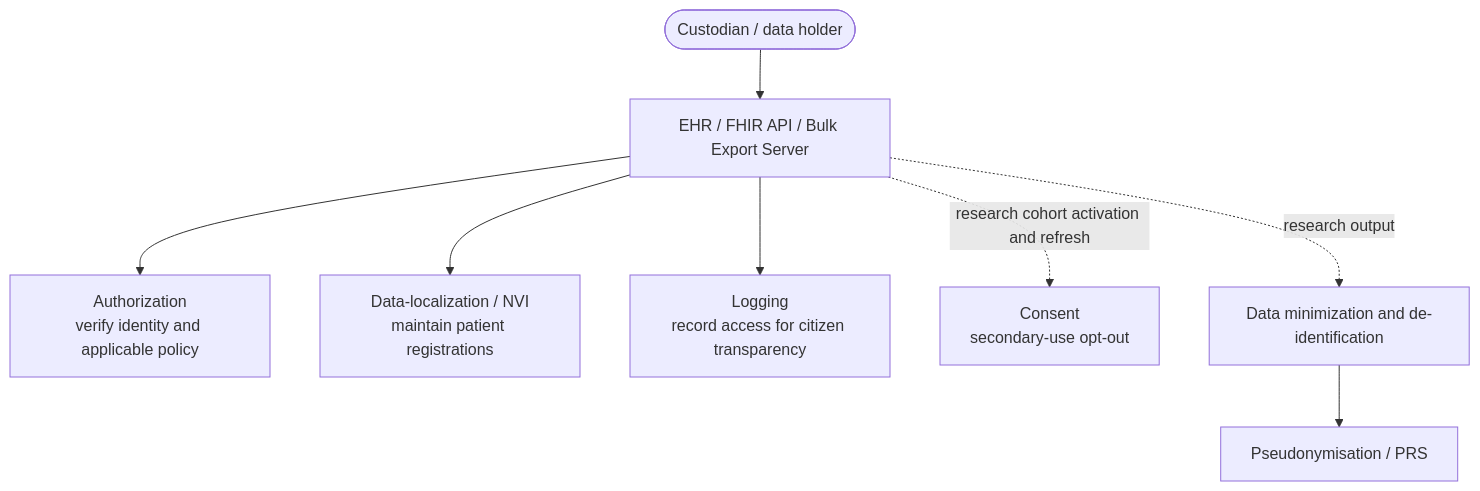
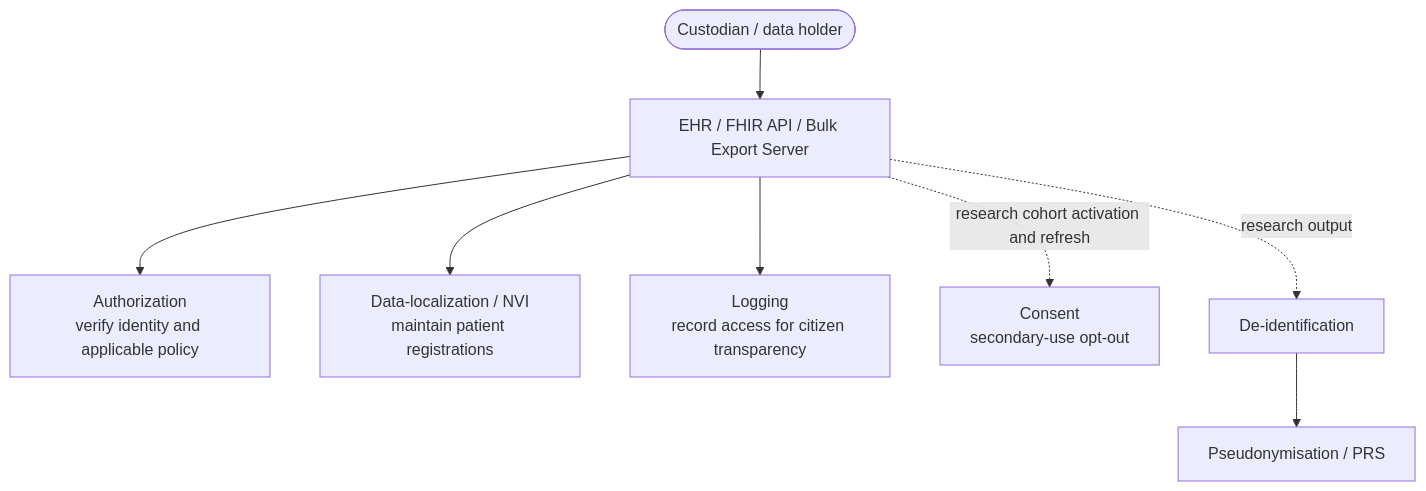
One commit to minvws/generiekefuncties-docs changed the third of 7 diagrams in input/pagecontent/index.md. Above: the diagram before and after it, drawn with Mermaid. The commit also changed other lines of this file, not shown here.

````diff
--- a/input/pagecontent/index.md
+++ b/input/pagecontent/index.md
@@ -118,10 +118,10 @@
 ```mermaid
 flowchart TB
     Custodian([Custodian / data holder]) --> Server["EHR / FHIR API / Bulk Export Server"]
     Server --> Authorization["Authorization<br/>verify identity and applicable policy"]
     Server --> Localization["Data-localization / NVI<br/>maintain patient registrations"]
     Server --> Logging["Logging<br/>record access for citizen transparency"]
     Server -.->|"research cohort activation and refresh"| Consent["Consent<br/>secondary-use opt-out"]
-    Server -.->|"research output"| Minimization["Data minimization and de-identification"]
-    Minimization --> PRS["Pseudonymisation / PRS"]
+    Server -.->|"research output"| Deidentification["De-identification"]
+    Deidentification --> PRS["Pseudonymisation / PRS"]
 ```
````
